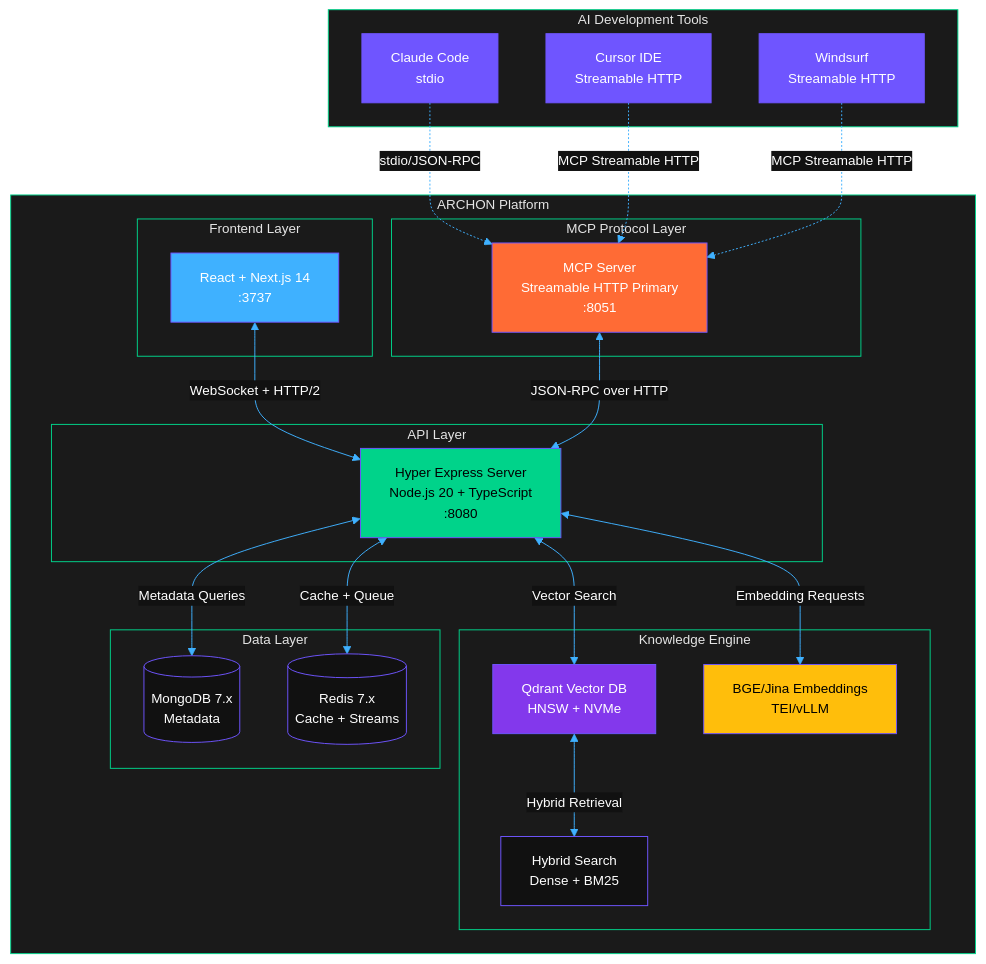
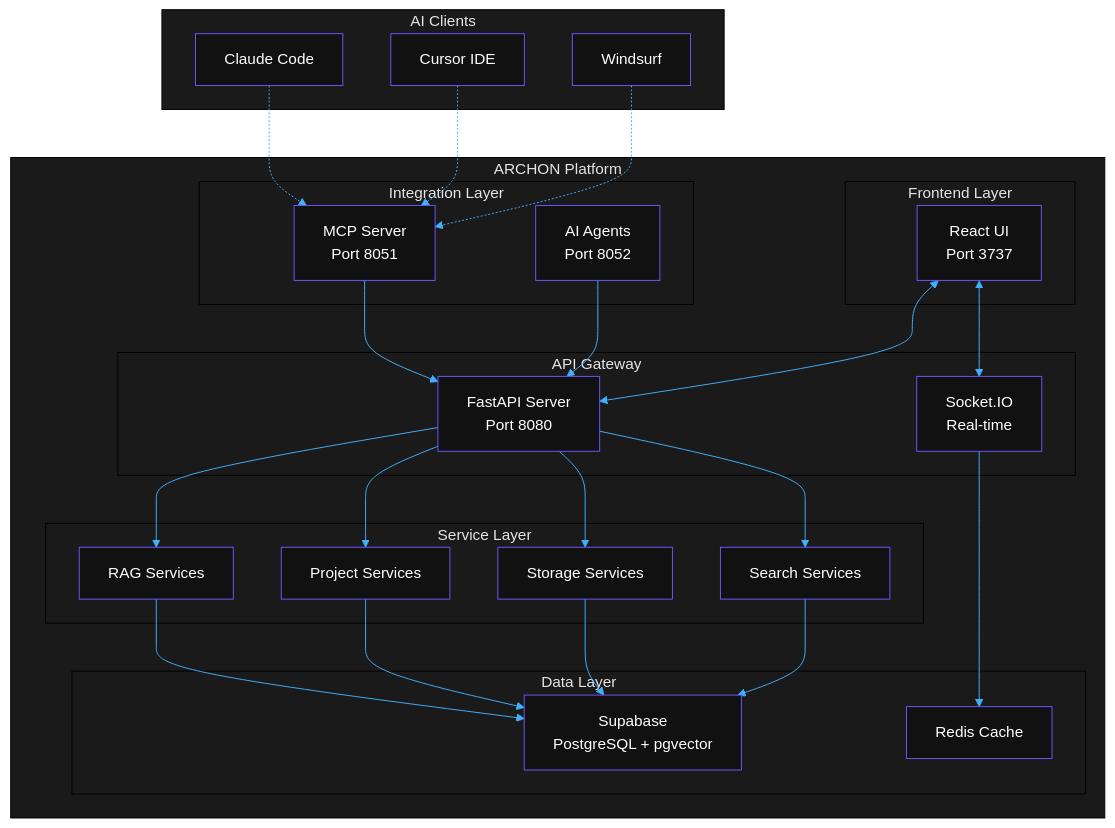
The first of 4 diagrams in README.md (JackSmack1971/ARCHONRELOADED), drawn with Mermaid before and after one commit. The commit also changed other lines of this file, not shown here.

````diff
--- a/README.md
+++ b/README.md
@@ -77,73 +69,69 @@
 ```mermaid
 %%{init:{
   'theme':'base',
   'themeVariables': {
     'primaryColor':'#0a0a0a',
     'primaryTextColor':'#ffffff',
     'primaryBorderColor':'#6f55ff',
     'secondaryColor':'#111111',
     'secondaryBorderColor':'#3fb1ff',
     'tertiaryColor':'#1a1a1a',
-    'tertiaryBorderColor':'#00d38a',
     'lineColor':'#3fb1ff',
     'textColor':'#ffffff',
-    'fontFamily':'Inter',
-    'fontSize':'14px',
     'background':'#0a0a0a',
     'mainBkg':'#111111',
     'secondBkg':'#1a1a1a'
   }
 }}%%
 flowchart TB
-    subgraph "AI Development Tools"
-        A1[Claude Code<br/>stdio]
-        A2[Cursor IDE<br/>Streamable HTTP]
-        A3[Windsurf<br/>Streamable HTTP]
+    subgraph "AI Clients"
+        A1["Claude Code"]
+        A2["Cursor IDE"]
+        A3["Windsurf"]
     end
     
     subgraph "ARCHON Platform"
         subgraph "Frontend Layer"
-            F[React + Next.js 14<br/>:3737]
+            B1["React UI<br/>Port 3737"]
         end
         
-        subgraph "API Layer"
-            S[Hyper Express Server<br/>Node.js 20 + TypeScript<br/>:8080]
+        subgraph "API Gateway"
+            C1["FastAPI Server<br/>Port 8080"]
+            C2["Socket.IO<br/>Real-time"]
         end
         
-        subgraph "MCP Protocol Layer"
-            M[MCP Server<br/>Streamable HTTP Primary<br/>:8051]
+        subgraph "Integration Layer"
+            D1["MCP Server<br/>Port 8051"]
+            D2["AI Agents<br/>Port 8052"]
         end
         
-        subgraph "Knowledge Engine"
-            V[Qdrant Vector DB<br/>HNSW + NVMe]
-            E[BGE/Jina Embeddings<br/>TEI/vLLM]
-            H[Hybrid Search<br/>Dense + BM25]
+        subgraph "Service Layer"
+            E1["RAG Services"]
+            E2["Project Services"]
+            E3["Storage Services"]
+            E4["Search Services"]
         end
         
         subgraph "Data Layer"
-            DB[(MongoDB 7.x<br/>Metadata)]
-            CACHE[(Redis 7.x<br/>Cache + Streams)]
+            F1["Supabase<br/>PostgreSQL + pgvector"]
+            F2["Redis Cache"]
         end
     end
     
-    A1 -.->|stdio/JSON-RPC| M
-    A2 -.->|MCP Streamable HTTP| M
-    A3 -.->|MCP Streamable HTTP| M
-    
-    F <-->|WebSocket + HTTP/2| S
-    M <-->|JSON-RPC over HTTP| S
-    S <-->|Vector Search| V
-    S <-->|Embedding Requests| E
-    V <-->|Hybrid Retrieval| H
-    S <-->|Metadata Queries| DB
-    S <-->|Cache + Queue| CACHE
-    
-    style A1 fill:#6f55ff,color:#fff
-    style A2 fill:#6f55ff,color:#fff
-    style A3 fill:#6f55ff,color:#fff
-    style F fill:#3fb1ff,color:#fff
-    style S fill:#00d38a,color:#000
-    style M fill:#ff6b35,color:#fff
-    style V fill:#8338ec,color:#fff
-    style E fill:#ffbe0b,color:#000
+    A1 -.-> D1
+    A2 -.-> D1
+    A3 -.-> D1
+    B1 <--> C1
+    B1 <--> C2
+    D1 --> C1
+    D2 --> C1
+    C1 --> E1
+    C1 --> E2
+    C1 --> E3
+    C1 --> E4
+    E1 --> F1
+    E2 --> F1
+    E3 --> F1
+    E4 --> F1
+    C2 --> F2
 ```
````
